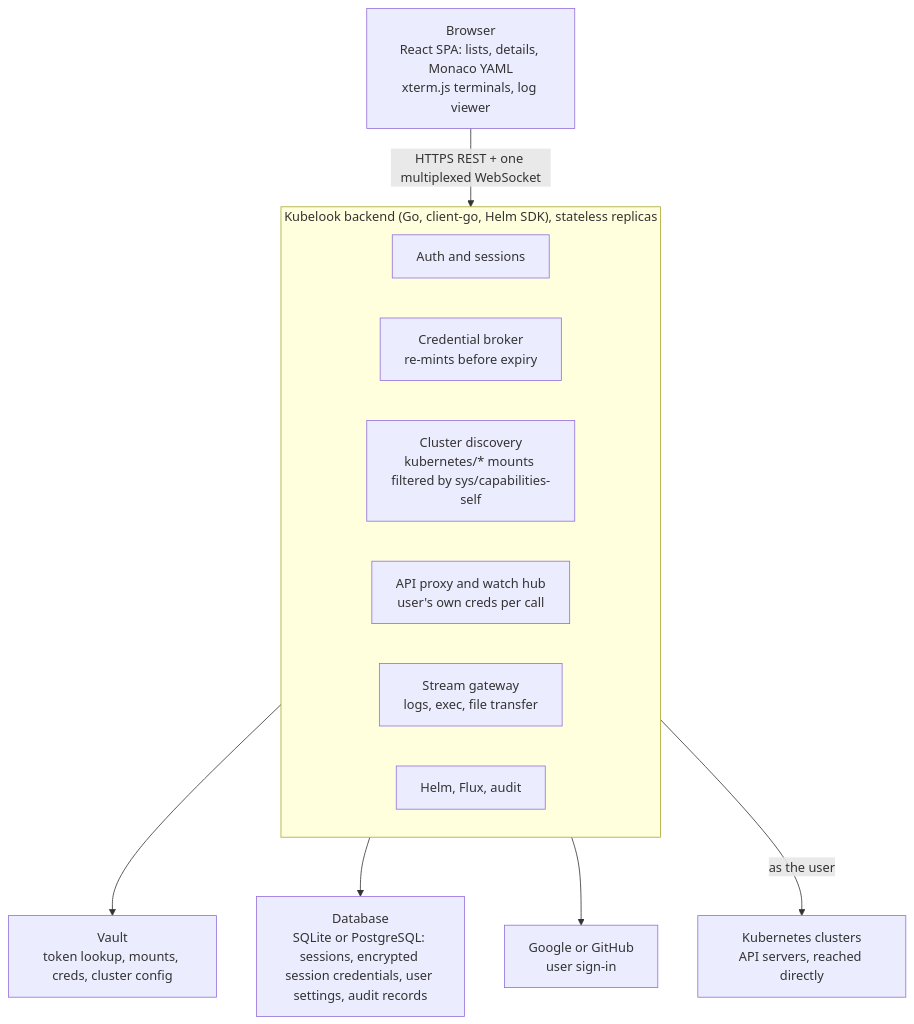
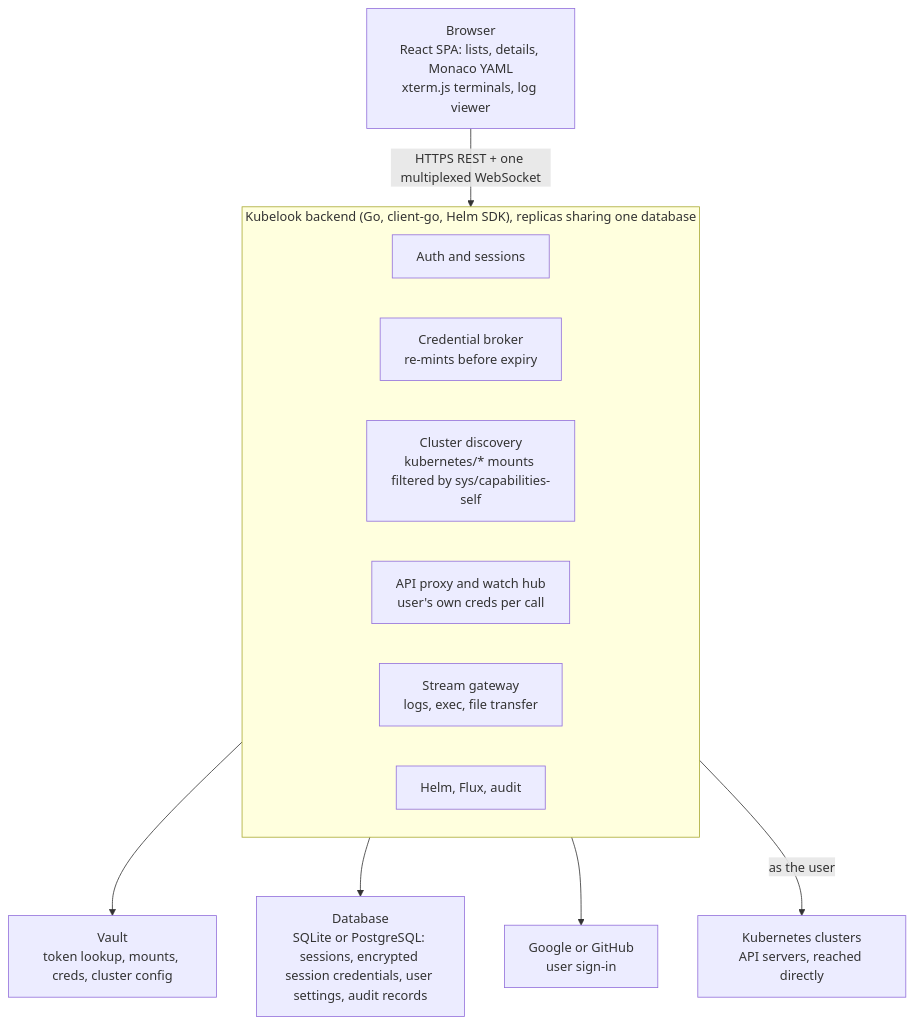
One commit to bdnix/kubelook changed the diagram in docs/spec.md. Above: the diagram before and after it, drawn with Mermaid. The commit also changed other lines of this file, not shown here.

````diff
--- a/docs/spec.md
+++ b/docs/spec.md
@@ -118,21 +118,21 @@
 ```mermaid
 flowchart TB
   browser["Browser<br/>React SPA: lists, details, Monaco YAML<br/>xterm.js terminals, log viewer"]
-  subgraph backend["Kubelook backend (Go, client-go, Helm SDK), stateless replicas"]
+  subgraph backend["Kubelook backend (Go, client-go, Helm SDK), replicas sharing one database"]
     auth["Auth and sessions"]
     broker["Credential broker<br/>re-mints before expiry"]
     discovery["Cluster discovery<br/>kubernetes/* mounts filtered by sys/capabilities-self"]
     proxy["API proxy and watch hub<br/>user's own creds per call"]
     streams["Stream gateway<br/>logs, exec, file transfer"]
     ops["Helm, Flux, audit"]
   end
   vault["Vault<br/>token lookup, mounts, creds, cluster config"]
   store["Database<br/>SQLite or PostgreSQL: sessions, encrypted session credentials, user settings, audit records"]
   idp["Google or GitHub<br/>user sign-in"]
   clusters["Kubernetes clusters<br/>API servers, reached directly"]
   browser -- "HTTPS REST + one multiplexed WebSocket" --> backend
   backend --> vault
   backend --> store
   backend --> idp
   backend -- "as the user" --> clusters
 ```
````
